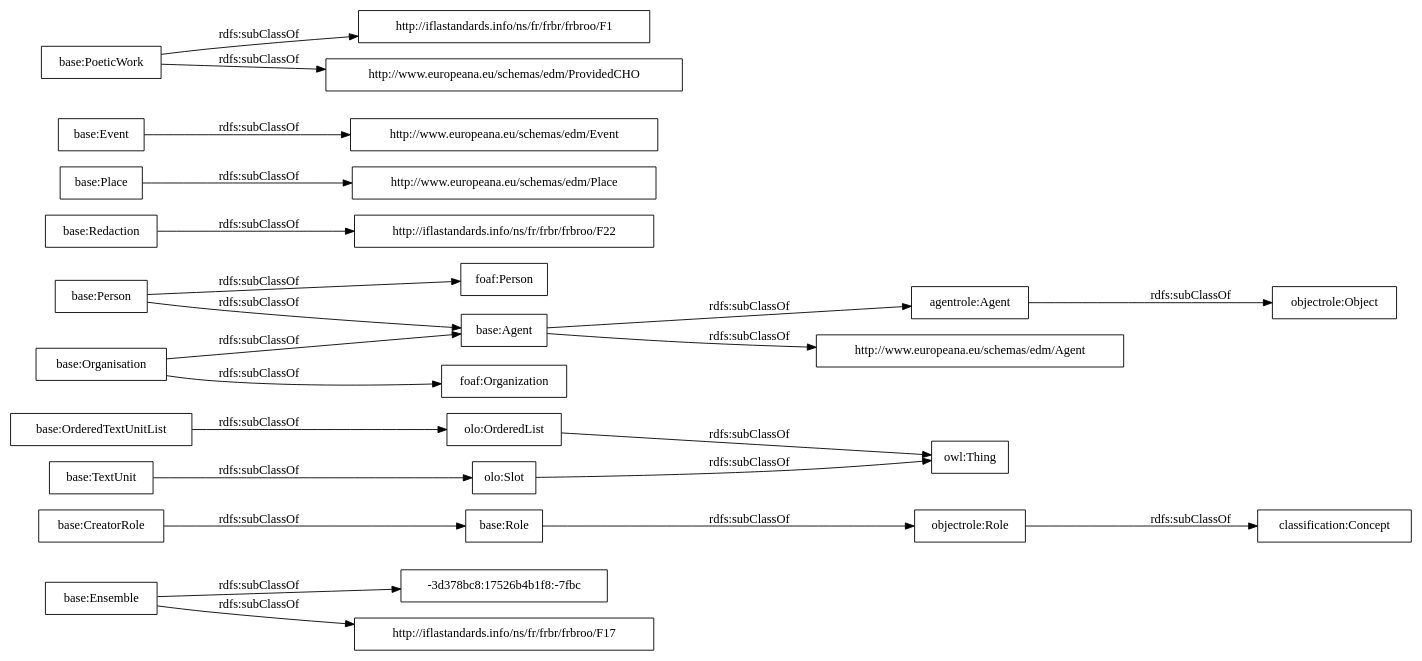
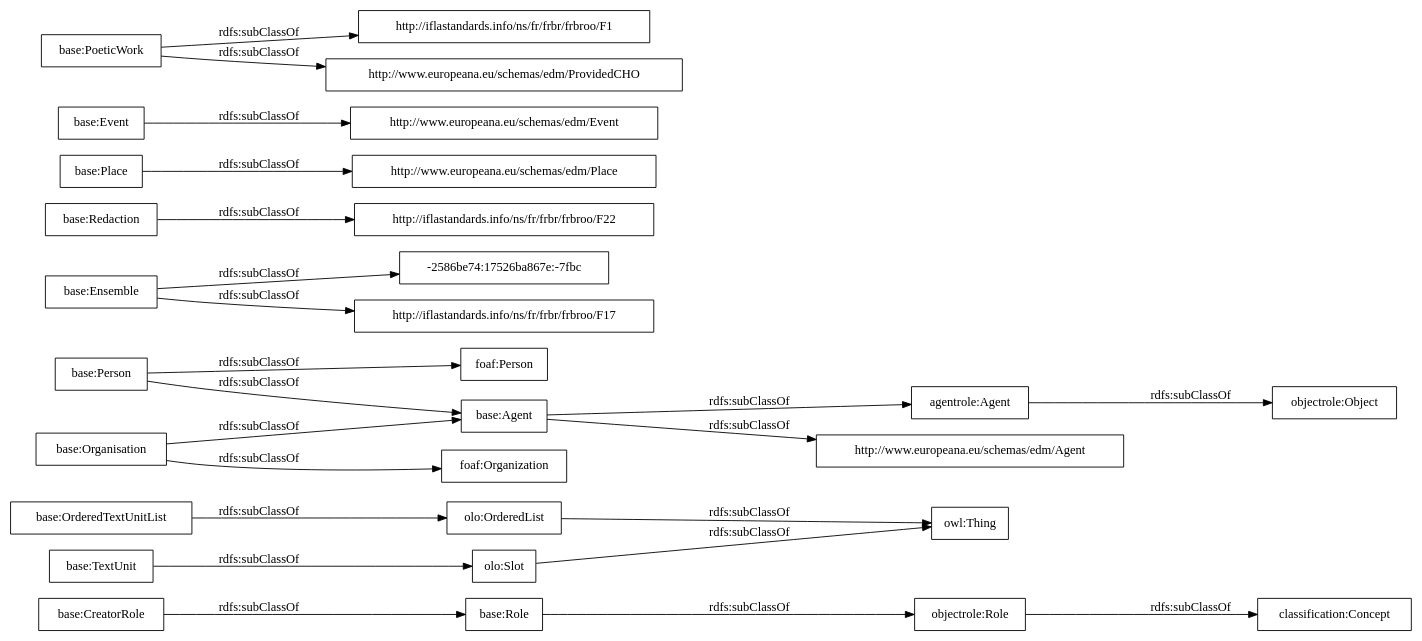
The diagram in OnToology/postdata-core.owl/diagrams/ar2dtool-taxonomy/postdata-core.owl.png.dot (OnToologyUser/core-ontology-1), drawn with Graphviz before and after one commit. The commit also changed 14 other files, not shown here.

```diff
--- a/OnToology/postdata-core.owl/diagrams/ar2dtool-taxonomy/postdata-core.owl.png.dot
+++ b/OnToology/postdata-core.owl/diagrams/ar2dtool-taxonomy/postdata-core.owl.png.dot
@@ -1,27 +1,27 @@
 digraph ar2dtool_diagram { 
 rankdir=LR;
 size="1000"
-node [shape = rectangle, color="black"]; "-3d378bc8:17526b4b1f8:-7fbc" "base:Role" "base:OrderedTextUnitList" "agentrole:Agent" "http://iflastandards.info/ns/fr/frbr/frbroo/F22" "http://www.europeana.eu/schemas/edm/Agent" "base:Agent" "base:CreatorRole" "base:Person" "base:Organisation" "http://www.europeana.eu/schemas/edm/Place" "base:Redaction" "base:Ensemble" "foaf:Person" "http://www.europeana.eu/schemas/edm/Event" "base:TextUnit" "http://iflastandards.info/ns/fr/frbr/frbroo/F1" "foaf:Organization" "http://www.europeana.eu/schemas/edm/ProvidedCHO" "base:Place" "base:Event" "base:PoeticWork" "http://iflastandards.info/ns/fr/frbr/frbroo/F17" "owl:Thing" "objectrole:Role" "objectrole:Object" "olo:Slot" "olo:OrderedList" "classification:Concept" ; /*classes style*/
+node [shape = rectangle, color="black"]; "base:Role" "base:OrderedTextUnitList" "agentrole:Agent" "-2586be74:17526ba867e:-7fbc" "http://iflastandards.info/ns/fr/frbr/frbroo/F22" "http://www.europeana.eu/schemas/edm/Agent" "base:Agent" "base:CreatorRole" "base:Person" "base:Organisation" "http://www.europeana.eu/schemas/edm/Place" "base:Redaction" "foaf:Person" "base:Ensemble" "http://www.europeana.eu/schemas/edm/Event" "base:TextUnit" "http://iflastandards.info/ns/fr/frbr/frbroo/F1" "foaf:Organization" "http://www.europeana.eu/schemas/edm/ProvidedCHO" "base:Place" "base:Event" "base:PoeticWork" "http://iflastandards.info/ns/fr/frbr/frbroo/F17" "owl:Thing" "objectrole:Role" "objectrole:Object" "olo:Slot" "olo:OrderedList" "classification:Concept" ; /*classes style*/
 	"base:Redaction" -> "http://iflastandards.info/ns/fr/frbr/frbroo/F22" [ label = "rdfs:subClassOf" ];
 	"base:Role" -> "objectrole:Role" [ label = "rdfs:subClassOf" ];
 	"base:Event" -> "http://www.europeana.eu/schemas/edm/Event" [ label = "rdfs:subClassOf" ];
 	"base:Person" -> "foaf:Person" [ label = "rdfs:subClassOf" ];
 	"base:Person" -> "base:Agent" [ label = "rdfs:subClassOf" ];
 	"olo:OrderedList" -> "owl:Thing" [ label = "rdfs:subClassOf" ];
 	"olo:Slot" -> "owl:Thing" [ label = "rdfs:subClassOf" ];
 	"base:PoeticWork" -> "http://www.europeana.eu/schemas/edm/ProvidedCHO" [ label = "rdfs:subClassOf" ];
 	"base:PoeticWork" -> "http://iflastandards.info/ns/fr/frbr/frbroo/F1" [ label = "rdfs:subClassOf" ];
 	"base:TextUnit" -> "olo:Slot" [ label = "rdfs:subClassOf" ];
 	"agentrole:Agent" -> "objectrole:Object" [ label = "rdfs:subClassOf" ];
-	"base:Ensemble" -> "-3d378bc8:17526b4b1f8:-7fbc" [ label = "rdfs:subClassOf" ];
+	"base:Ensemble" -> "-2586be74:17526ba867e:-7fbc" [ label = "rdfs:subClassOf" ];
 	"base:Ensemble" -> "http://iflastandards.info/ns/fr/frbr/frbroo/F17" [ label = "rdfs:subClassOf" ];
 	"base:OrderedTextUnitList" -> "olo:OrderedList" [ label = "rdfs:subClassOf" ];
 	"base:Agent" -> "agentrole:Agent" [ label = "rdfs:subClassOf" ];
 	"base:Agent" -> "http://www.europeana.eu/schemas/edm/Agent" [ label = "rdfs:subClassOf" ];
 	"objectrole:Role" -> "classification:Concept" [ label = "rdfs:subClassOf" ];
 	"base:Place" -> "http://www.europeana.eu/schemas/edm/Place" [ label = "rdfs:subClassOf" ];
 	"base:Organisation" -> "foaf:Organization" [ label = "rdfs:subClassOf" ];
 	"base:Organisation" -> "base:Agent" [ label = "rdfs:subClassOf" ];
 	"base:CreatorRole" -> "base:Role" [ label = "rdfs:subClassOf" ];
 
 }
```
